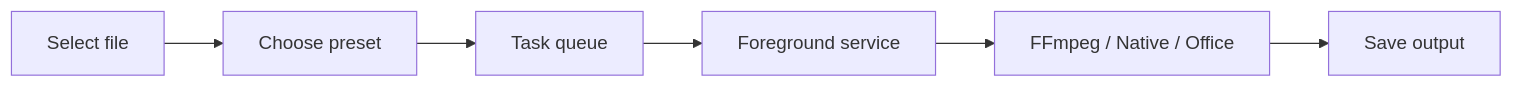
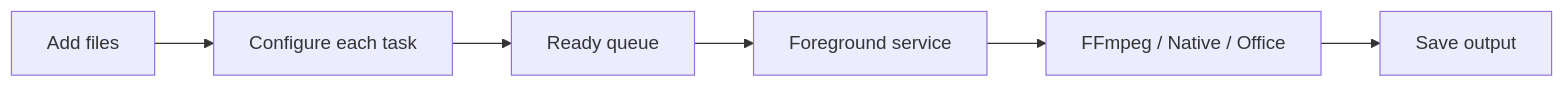
One commit to Jasonzhu1207/ZenConverter changed the diagram in README.md. Above: the diagram before and after it, drawn with Mermaid. The commit also changed other lines of this file and 12 other files, not shown here.

````diff
--- a/README.md
+++ b/README.md
@@ -72,11 +74,11 @@
 ```mermaid
 flowchart LR
-    Pick["Select file"]
-    Preset["Choose preset"]
-    Queue["Task queue"]
+    Pick["Add files"]
+    Configure["Configure each task"]
+    Queue["Ready queue"]
     Service["Foreground service"]
     Engine["FFmpeg / Native / Office"]
     Output["Save output"]
 
-    Pick --> Preset --> Queue --> Service --> Engine --> Output
+    Pick --> Configure --> Queue --> Service --> Engine --> Output
 ```
````
